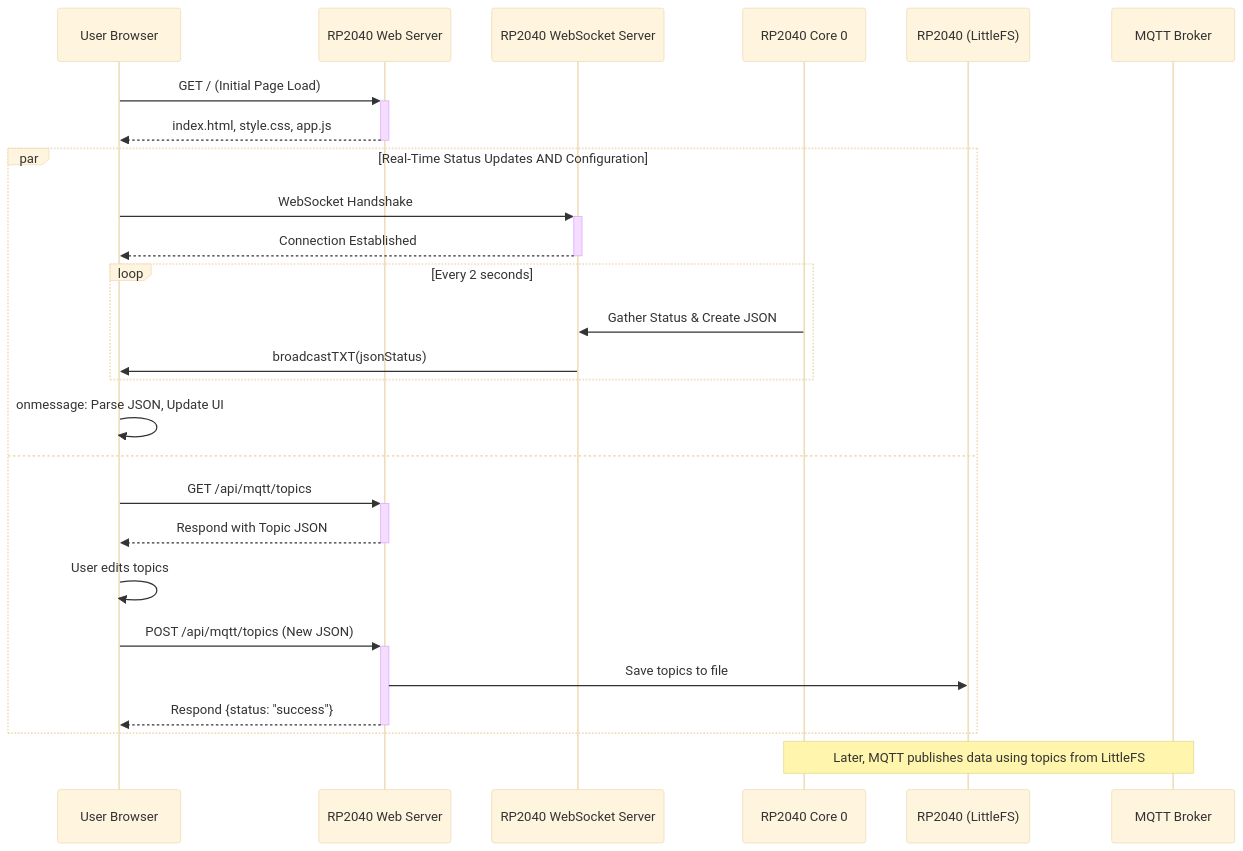
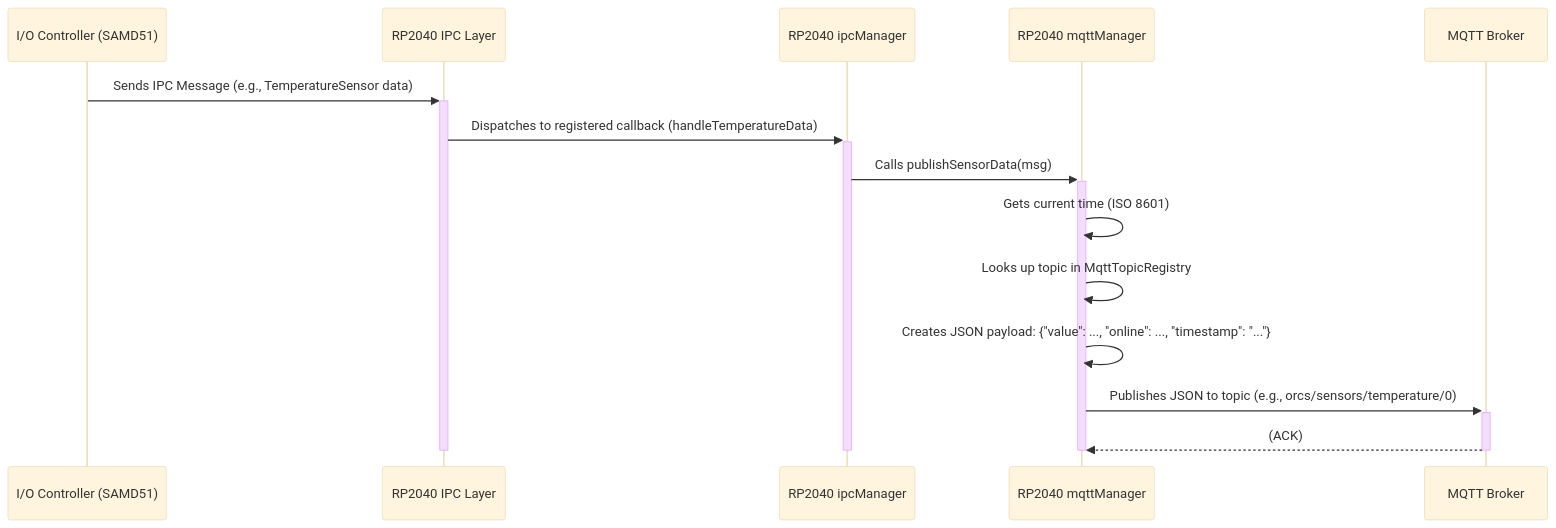
The diagram in orc-sys-mcu/TASK.md (ScionResearch/open-reactor-control-system), drawn with Mermaid (base theme) before and after one commit. The commit also changed other lines of this file and 18 other files, not shown here.

````diff
--- a/orc-sys-mcu/TASK.md
+++ b/orc-sys-mcu/TASK.md
@@ -29,36 +29,20 @@
     ```mermaid
     sequenceDiagram
-        participant User Browser
-        participant RP2040 Web Server
-        participant RP2040 WebSocket Server
-        participant RP2040 Core 0
-        participant RP2040 (LittleFS)
+        participant I/O Controller (SAMD51)
+        participant RP2040 IPC Layer
+        participant RP2040 ipcManager
+        participant RP2040 mqttManager
         participant MQTT Broker
 
-        User Browser->>+RP2040 Web Server: GET / (Initial Page Load)
-        RP2040 Web Server-->>-User Browser: index.html, style.css, app.js
-
-        par Real-Time Status Updates AND Configuration
-            User Browser->>+RP2040 WebSocket Server: WebSocket Handshake
-            RP2040 WebSocket Server-->>-User Browser: Connection Established
-
-            loop Every 2 seconds
-                RP2040 Core 0->>RP2040 WebSocket Server: Gather Status & Create JSON
-                RP2040 WebSocket Server->>User Browser: broadcastTXT(jsonStatus)
-            end
-
-            User Browser->>User Browser: onmessage: Parse JSON, Update UI
-
-        and
-            User Browser->>+RP2040 Web Server: GET /api/mqtt/topics
-            RP2040 Web Server-->>-User Browser: Respond with Topic JSON
-
-            User Browser->>User Browser: User edits topics
-
-            User Browser->>+RP2040 Web Server: POST /api/mqtt/topics (New JSON)
-            RP2040 Web Server->>RP2040 (LittleFS): Save topics to file
-            RP2040 Web Server-->>-User Browser: Respond {status: "success"}
-        end
-
-        Note over RP2040 Core 0, MQTT Broker: Later, MQTT publishes data using topics from LittleFS
+        I/O Controller (SAMD51)->>+RP2040 IPC Layer: Sends IPC Message (e.g., TemperatureSensor data)
+        RP2040 IPC Layer->>+RP2040 ipcManager: Dispatches to registered callback (handleTemperatureData)
+        RP2040 ipcManager->>+RP2040 mqttManager: Calls publishSensorData(msg)
+        RP2040 mqttManager->>RP2040 mqttManager: Gets current time (ISO 8601)
+        RP2040 mqttManager->>RP2040 mqttManager: Looks up topic in MqttTopicRegistry
+        RP2040 mqttManager->>RP2040 mqttManager: Creates JSON payload: {"value": ..., "online": ..., "timestamp": "..."}
+        RP2040 mqttManager->>+MQTT Broker: Publishes JSON to topic (e.g., orcs/sensors/temperature/0)
+        MQTT Broker-->>-RP2040 mqttManager: (ACK)
+        deactivate RP2040 IPC Layer
+        deactivate RP2040 ipcManager
+        deactivate RP2040 mqttManager
     ```
````
